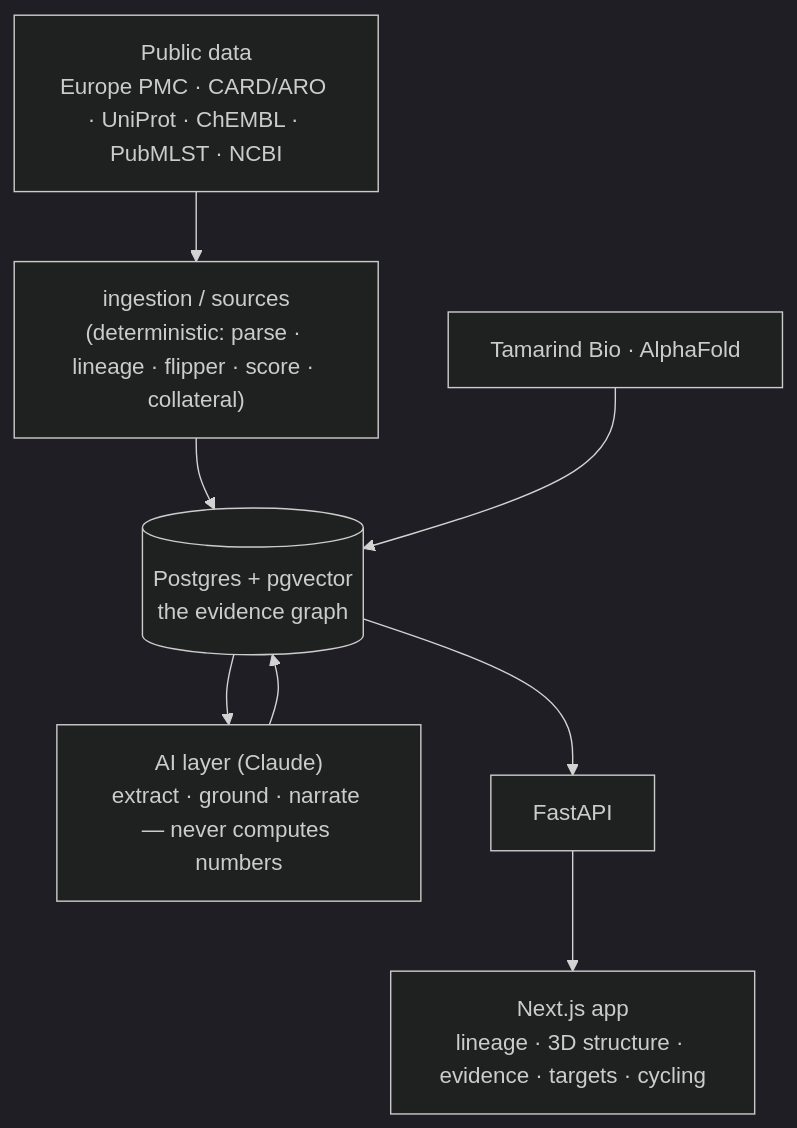
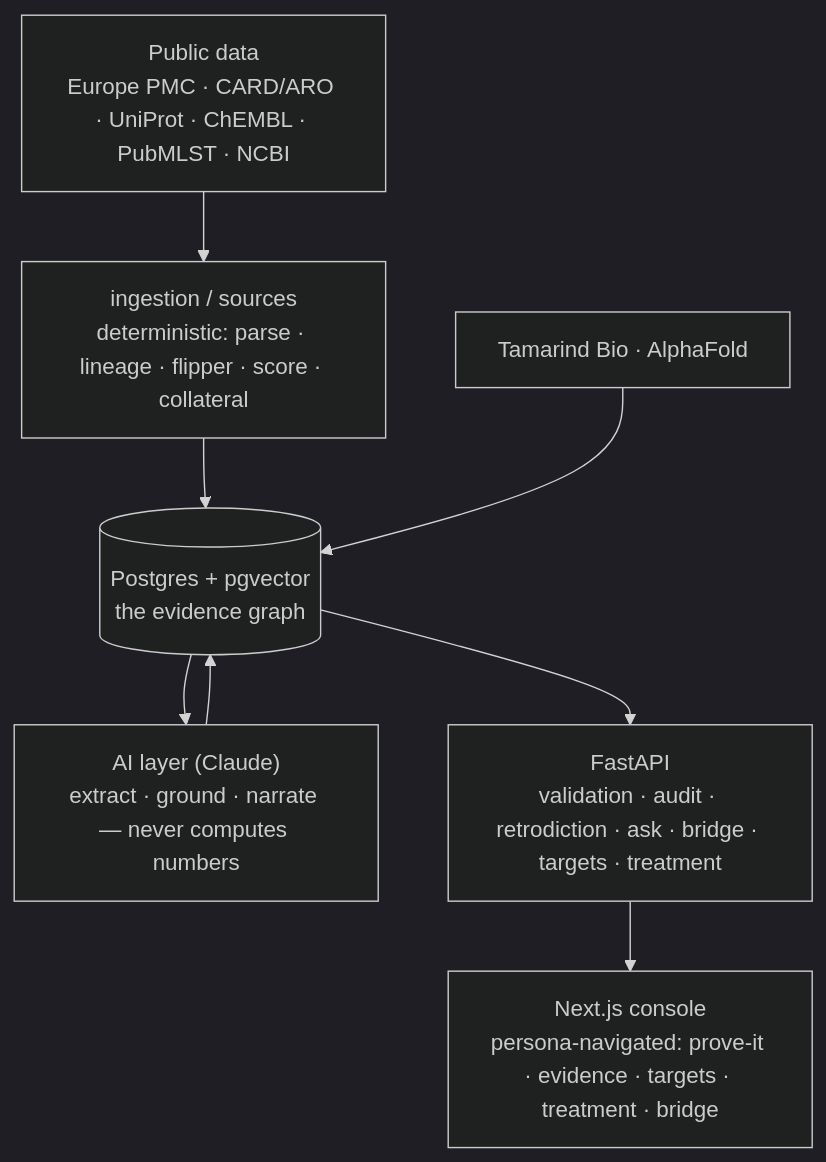
Before and after one commit to akhimass/Achilles: the diagram in README.md, drawn with Mermaid (dark theme). The commit also changed other lines of this file and 1 other file, not shown here.

````diff
--- a/README.md
+++ b/README.md
@@ -76,10 +101,10 @@
 ```mermaid
 flowchart TD
-  A["Public data<br/>Europe PMC · CARD/ARO · UniProt · ChEMBL · PubMLST · NCBI"] --> B["ingestion / sources<br/>(deterministic: parse · lineage · flipper · score · collateral)"]
+  A["Public data<br/>Europe PMC · CARD/ARO · UniProt · ChEMBL · PubMLST · NCBI"] --> B["ingestion / sources<br/>deterministic: parse · lineage · flipper · score · collateral"]
   B --> C[("Postgres + pgvector<br/>the evidence graph")]
+  T["Tamarind Bio · AlphaFold"] --> C
   C --> D["AI layer (Claude)<br/>extract · ground · narrate — never computes numbers"]
-  T["Tamarind Bio · AlphaFold"] --> C
   D --> C
-  C --> E["FastAPI"]
-  E --> F["Next.js app<br/>lineage · 3D structure · evidence · targets · cycling"]
+  C --> E["FastAPI<br/>validation · audit · retrodiction · ask · bridge · targets · treatment"]
+  E --> F["Next.js console<br/>persona-navigated: prove-it · evidence · targets · treatment · bridge"]
 ```
````
